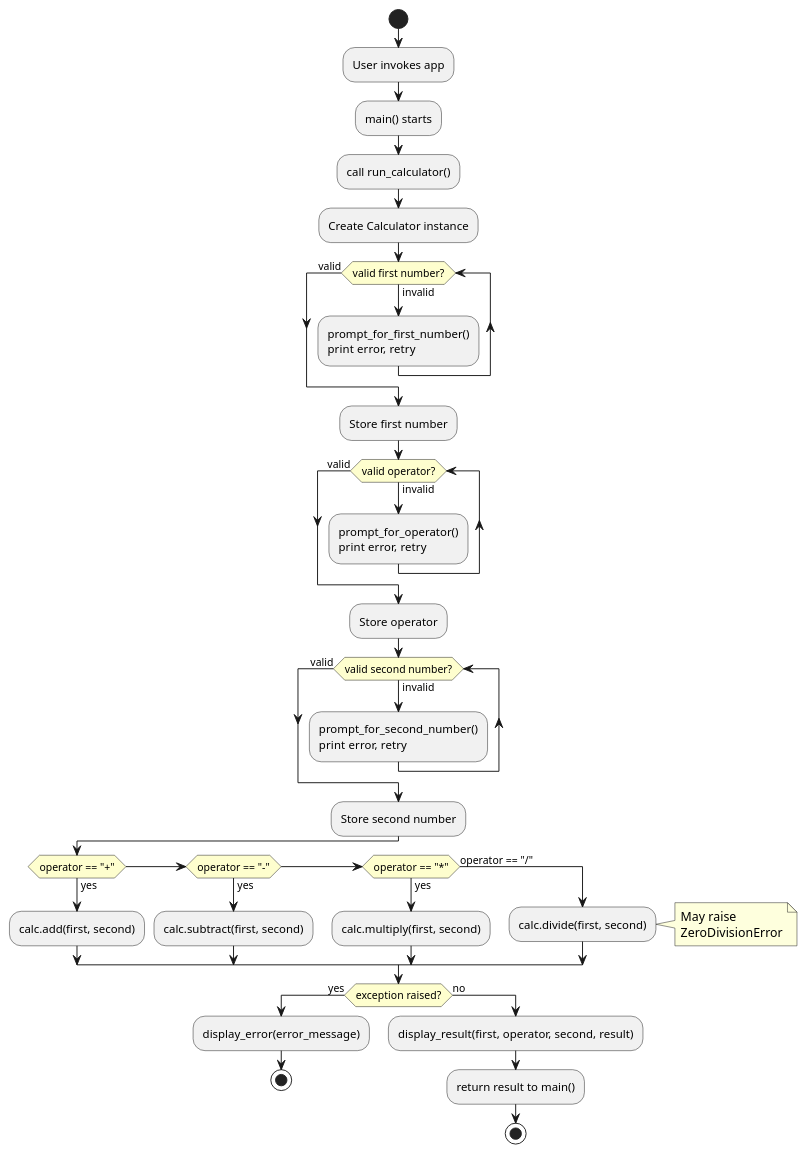
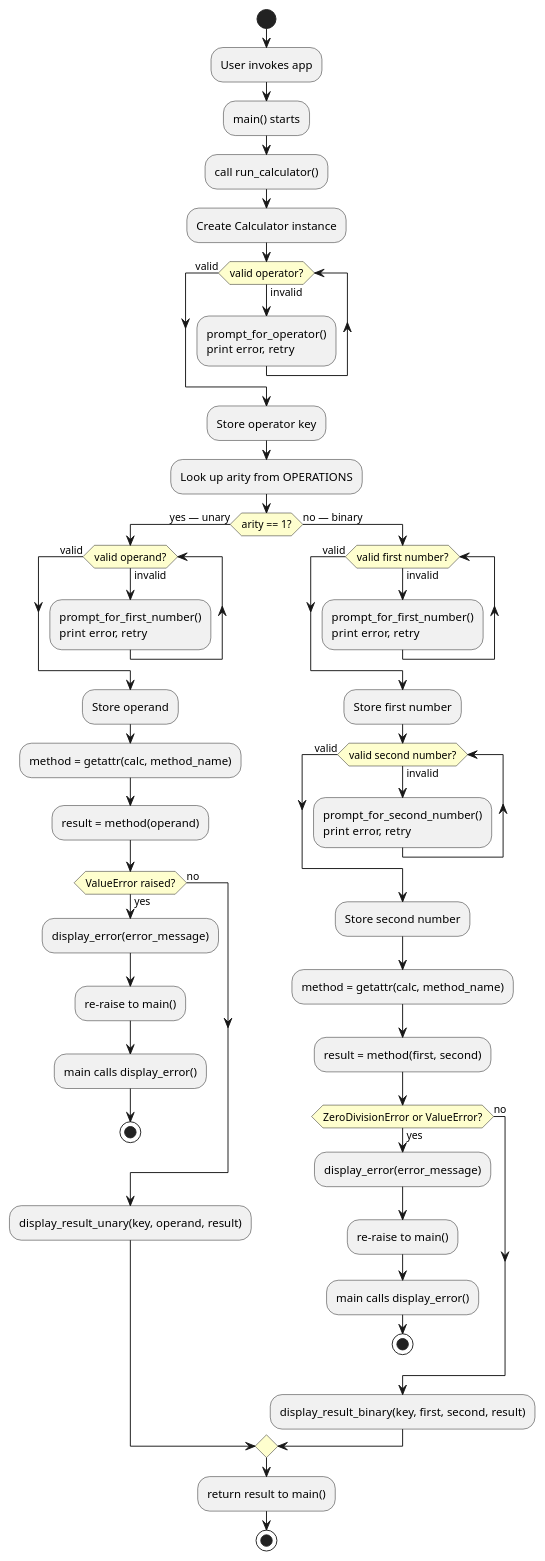
Before and after one commit to DanielRiha8906/Calculator_bachelor_autoevolution_team: the diagram in artifacts/activity_diagram_user_session.puml, drawn with PlantUML. The commit also changed 7 other files, not shown here.

Commit message:
update diagrams for PR #432 add-user-input CLI

```diff
--- a/artifacts/activity_diagram_user_session.puml
+++ b/artifacts/activity_diagram_user_session.puml
@@ -1,50 +1,68 @@
 @startuml activity_diagram_user_session
 
 skinparam activityDiamondBackgroundColor #FEFECE
 
 start
 
 :User invokes app;
 :main() starts;
 :call run_calculator();
 :Create Calculator instance;
 
-while (valid first number?) is (invalid)
-    :prompt_for_first_number()\nprint error, retry;
-endwhile (valid)
-:Store first number;
-
 while (valid operator?) is (invalid)
     :prompt_for_operator()\nprint error, retry;
 endwhile (valid)
-:Store operator;
+:Store operator key;
+:Look up arity from OPERATIONS;
 
-while (valid second number?) is (invalid)
-    :prompt_for_second_number()\nprint error, retry;
-endwhile (valid)
-:Store second number;
+if (arity == 1?) then (yes — unary)
 
-if (operator == "+") then (yes)
-    :calc.add(first, second);
-elseif (operator == "-") then (yes)
-    :calc.subtract(first, second);
-elseif (operator == "*") then (yes)
-    :calc.multiply(first, second);
-else (operator == "/")
-    :calc.divide(first, second);
-    note right
-      May raise
-      ZeroDivisionError
-    end note
+    while (valid operand?) is (invalid)
+        :prompt_for_first_number()\nprint error, retry;
+    endwhile (valid)
+    :Store operand;
+
+    :method = getattr(calc, method_name);
+    :result = method(operand);
+
+    if (ValueError raised?) then (yes)
+        :display_error(error_message);
+        :re-raise to main();
+        :main calls display_error();
+        stop
+    else (no)
+    endif
+
+    :display_result_unary(key, operand, result);
+
+else (no — binary)
+
+    while (valid first number?) is (invalid)
+        :prompt_for_first_number()\nprint error, retry;
+    endwhile (valid)
+    :Store first number;
+
+    while (valid second number?) is (invalid)
+        :prompt_for_second_number()\nprint error, retry;
+    endwhile (valid)
+    :Store second number;
+
+    :method = getattr(calc, method_name);
+    :result = method(first, second);
+
+    if (ZeroDivisionError or ValueError?) then (yes)
+        :display_error(error_message);
+        :re-raise to main();
+        :main calls display_error();
+        stop
+    else (no)
+    endif
+
+    :display_result_binary(key, first, second, result);
+
 endif
 
-if (exception raised?) then (yes)
-    :display_error(error_message);
-    stop
-else (no)
-    :display_result(first, operator, second, result);
-    :return result to main();
-    stop
-endif
+:return result to main();
+stop
 
 @enduml
```
